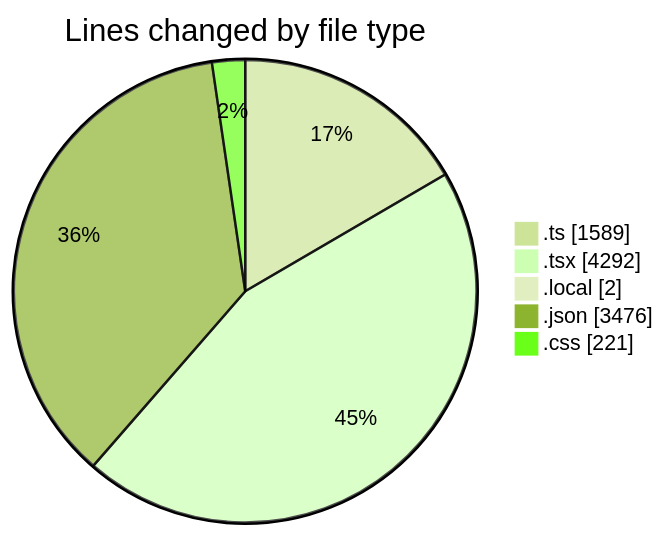
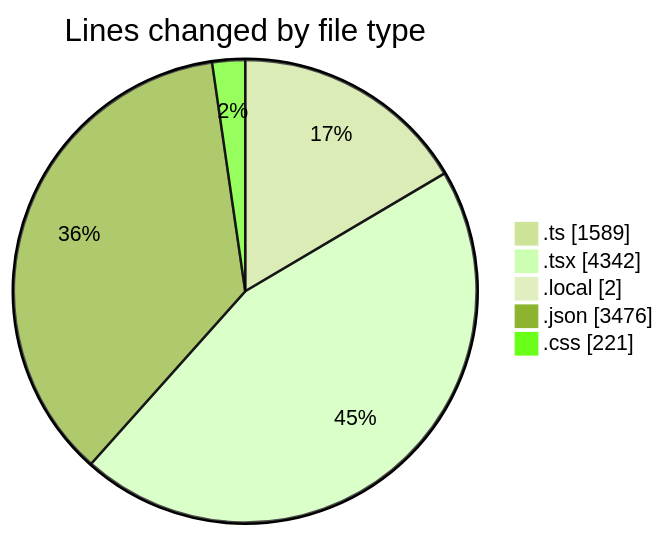
The first of 2 diagrams in 2025-10-28/eventscop-frontend-guide__workspace_/README.md (julien-gomy/code-tracking), drawn with Mermaid (forest theme) before and after one commit. The commit also changed other lines of this file and 1 other file, not shown here.

````diff
--- a/2025-10-28/eventscop-frontend-guide__workspace_/README.md
+++ b/2025-10-28/eventscop-frontend-guide__workspace_/README.md
@@ -52,9 +53,9 @@
 ```mermaid
 pie showData
 title Lines changed by file type
 ".ts" : 1589
-".tsx" : 4292
+".tsx" : 4342
 ".local" : 2
 ".json" : 3476
 ".css" : 221
 ```
````
